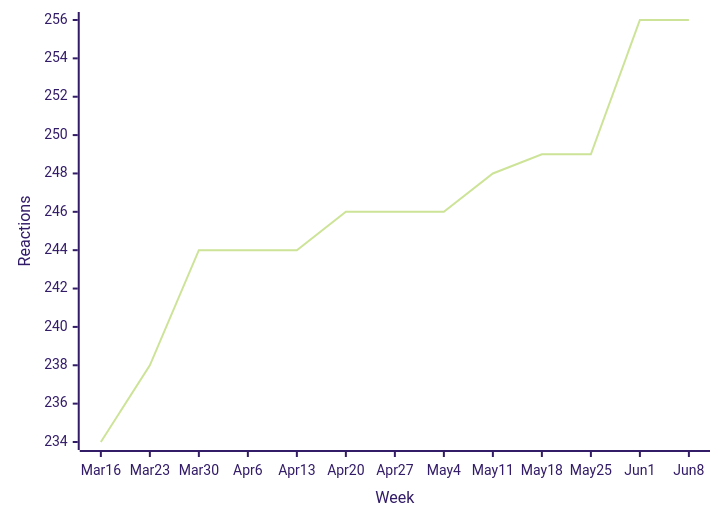
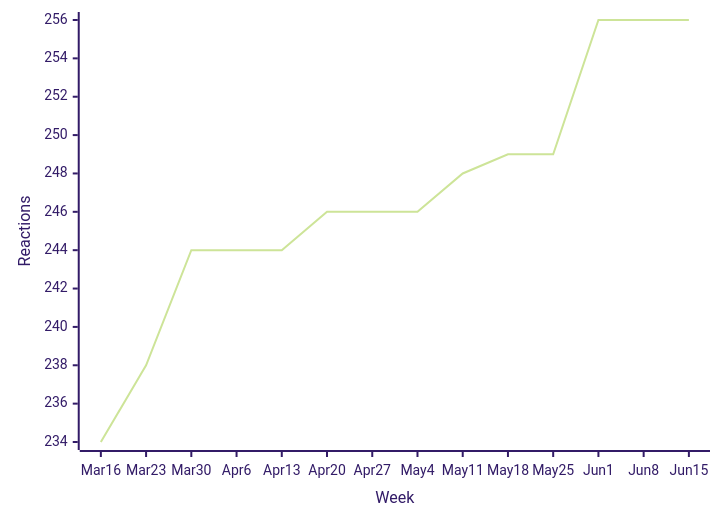
Before and after one commit to loic-sharma/github-insights: the sixth of 47 diagrams in README.md, drawn with Mermaid (forest theme). The commit also changed other lines of this file and 3 other files, not shown here.

````diff
--- a/README.md
+++ b/README.md
@@ -424,6 +424,6 @@
   ```mermaid
   xychart-beta
-    x-axis "Week" [Mar 16, Mar 23, Mar 30, Apr 6, Apr 13, Apr 20, Apr 27, May 4, May 11, May 18, May 25, Jun 1, Jun 8]
+    x-axis "Week" [Mar 16, Mar 23, Mar 30, Apr 6, Apr 13, Apr 20, Apr 27, May 4, May 11, May 18, May 25, Jun 1, Jun 8, Jun 15]
     y-axis "Reactions"
-    line [234, 238, 244, 244, 244, 246, 246, 246, 248, 249, 249, 256, 256]
+    line [234, 238, 244, 244, 244, 246, 246, 246, 248, 249, 249, 256, 256, 256]
   ```
````
